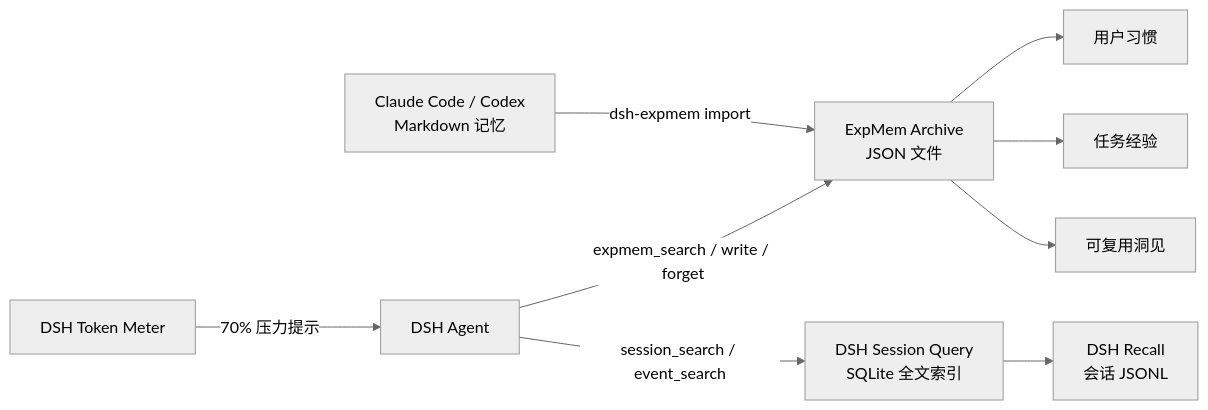
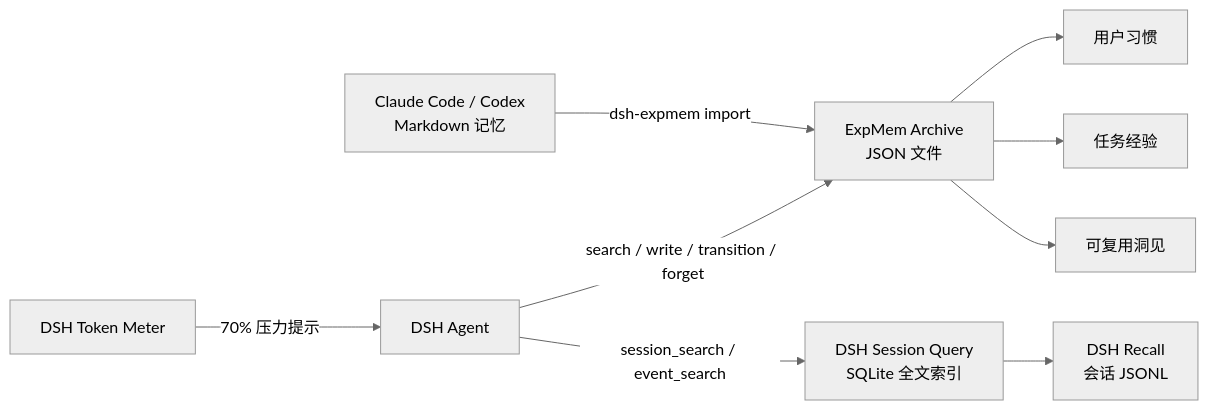
One commit to creativedswork/dsh-expmem changed the diagram in README.zh-CN.md. Above: the diagram before and after it, drawn with Mermaid (neutral theme). The commit also changed other lines of this file and 29 other files, not shown here.

````diff
--- a/README.zh-CN.md
+++ b/README.zh-CN.md
@@ -11,15 +11,15 @@
 ```mermaid
 flowchart LR
   Agent["DSH Agent"]
   Sources["Claude Code / Codex<br/>Markdown 记忆"]
 
-  Agent -->|"expmem_search / write / forget"| Archive["ExpMem Archive<br/>JSON 文件"]
+  Agent -->|"search / write / transition / forget"| Archive["ExpMem Archive<br/>JSON 文件"]
   Agent -->|"session_search / event_search"| Query["DSH Session Query<br/>SQLite 全文索引"]
   Meter["DSH Token Meter"] -->|"70% 压力提示"| Agent
   Query --> Recall["DSH Recall<br/>会话 JSONL"]
   Sources -->|"dsh-expmem import"| Archive
 
   Archive --> Habits["用户习惯"]
   Archive --> Experience["任务经验"]
   Archive --> Insights["可复用洞见"]
 ```
````
